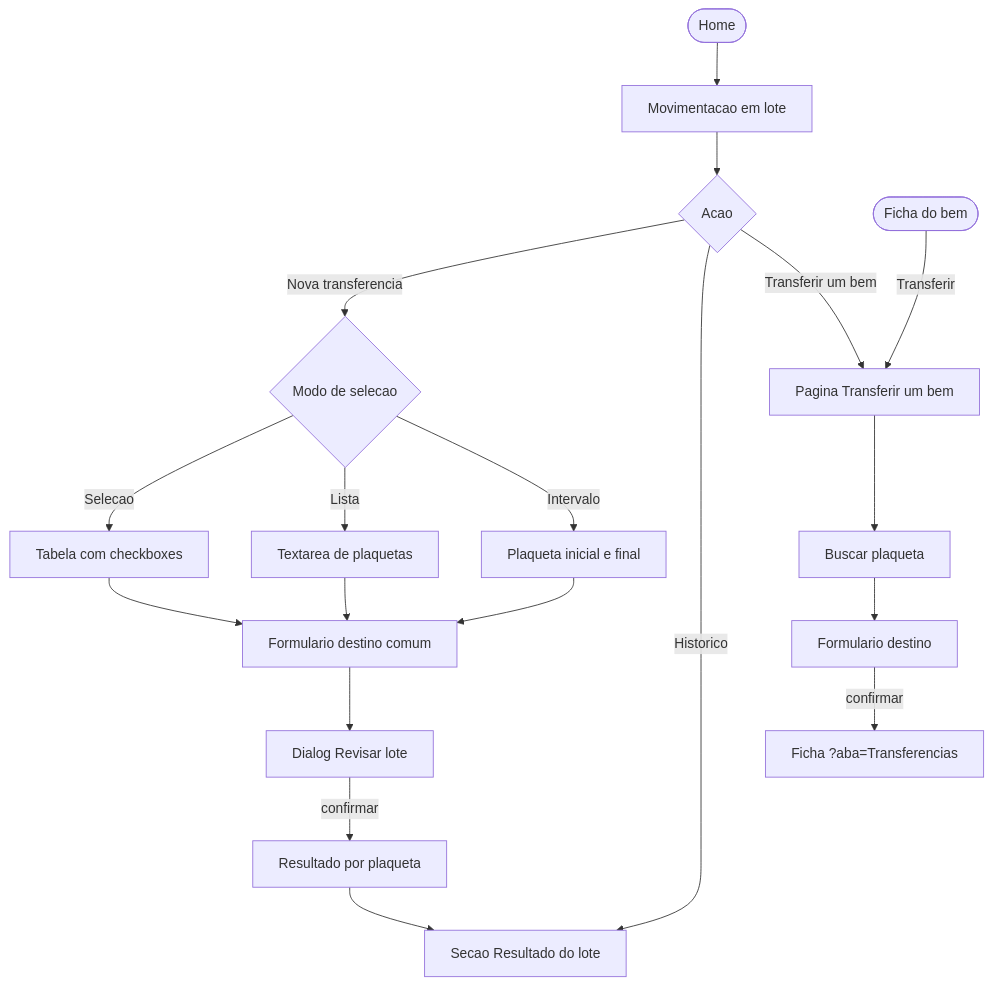
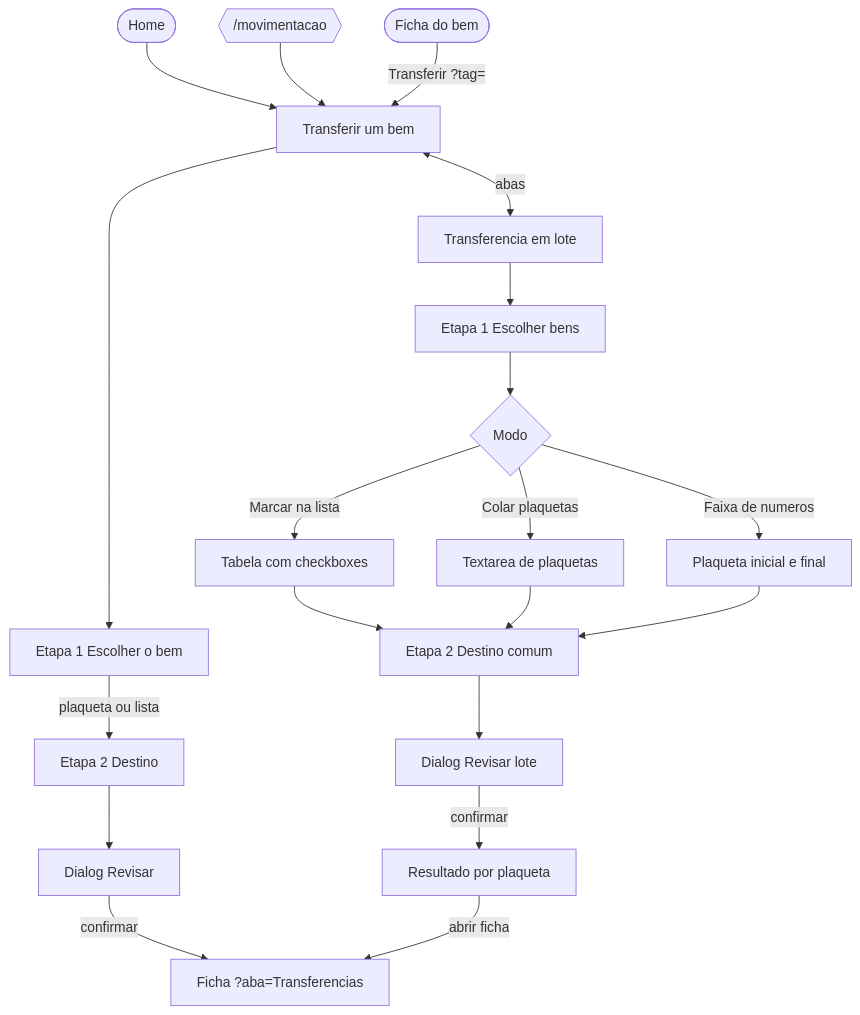
The fifth of 9 diagrams in MAPA-PROJETO.md (Boyyypablo/patrimonio), drawn with Mermaid before and after one commit. The commit also changed other lines of this file and 89 other files, not shown here.

````diff
--- a/MAPA-PROJETO.md
+++ b/MAPA-PROJETO.md
@@ -216,27 +233,24 @@
 ```mermaid
 flowchart TD
-  home(["Home"]) --> movLote["Movimentacao em lote"]
-  movLote --> nav{"Acao"}
+  home(["Home"]) --> movUm["Transferir um bem"]
+  entrada{{"/movimentacao"}} --> movUm
+  fichaEntry(["Ficha do bem"]) -->|"Transferir ?tag="| movUm
+  movUm <-->|"abas"| movLote["Transferencia em lote"]
 
-  nav -->|"Nova transferencia"| pickMode{"Modo de selecao"}
-  nav -->|"Historico"| hist["Secao Resultado do lote"]
-  nav -->|"Transferir um bem"| movUm["Pagina Transferir um bem"]
+  movUm --> umStep1["Etapa 1 Escolher o bem"]
+  umStep1 -->|"plaqueta ou lista"| umStep2["Etapa 2 Destino"]
+  umStep2 --> umReview["Dialog Revisar"]
+  umReview -->|"confirmar"| ficha["Ficha ?aba=Transferencias"]
 
-  pickMode -->|"Selecao"| selTable["Tabela com checkboxes"]
-  pickMode -->|"Lista"| selList["Textarea de plaquetas"]
-  pickMode -->|"Intervalo"| selRange["Plaqueta inicial e final"]
-
-  selTable --> dest["Formulario destino comum"]
-  selList --> dest
-  selRange --> dest
-
-  dest --> review["Dialog Revisar lote"]
-  review -->|"confirmar"| results["Resultado por plaqueta"]
-  results --> hist
-
-  movUm --> searchTag["Buscar plaqueta"]
-  searchTag --> formOne["Formulario destino"]
-  formOne -->|"confirmar"| ficha["Ficha ?aba=Transferencias"]
-
-  fichaEntry(["Ficha do bem"]) -->|"Transferir"| movUm
+  movLote --> loteStep1["Etapa 1 Escolher bens"]
+  loteStep1 --> pickMode{"Modo"}
+  pickMode -->|"Marcar na lista"| selTable["Tabela com checkboxes"]
+  pickMode -->|"Colar plaquetas"| selList["Textarea de plaquetas"]
+  pickMode -->|"Faixa de numeros"| selRange["Plaqueta inicial e final"]
+  selTable --> loteStep2["Etapa 2 Destino comum"]
+  selList --> loteStep2
+  selRange --> loteStep2
+  loteStep2 --> loteReview["Dialog Revisar lote"]
+  loteReview -->|"confirmar"| results["Resultado por plaqueta"]
+  results -->|"abrir ficha"| ficha
 ```
````
